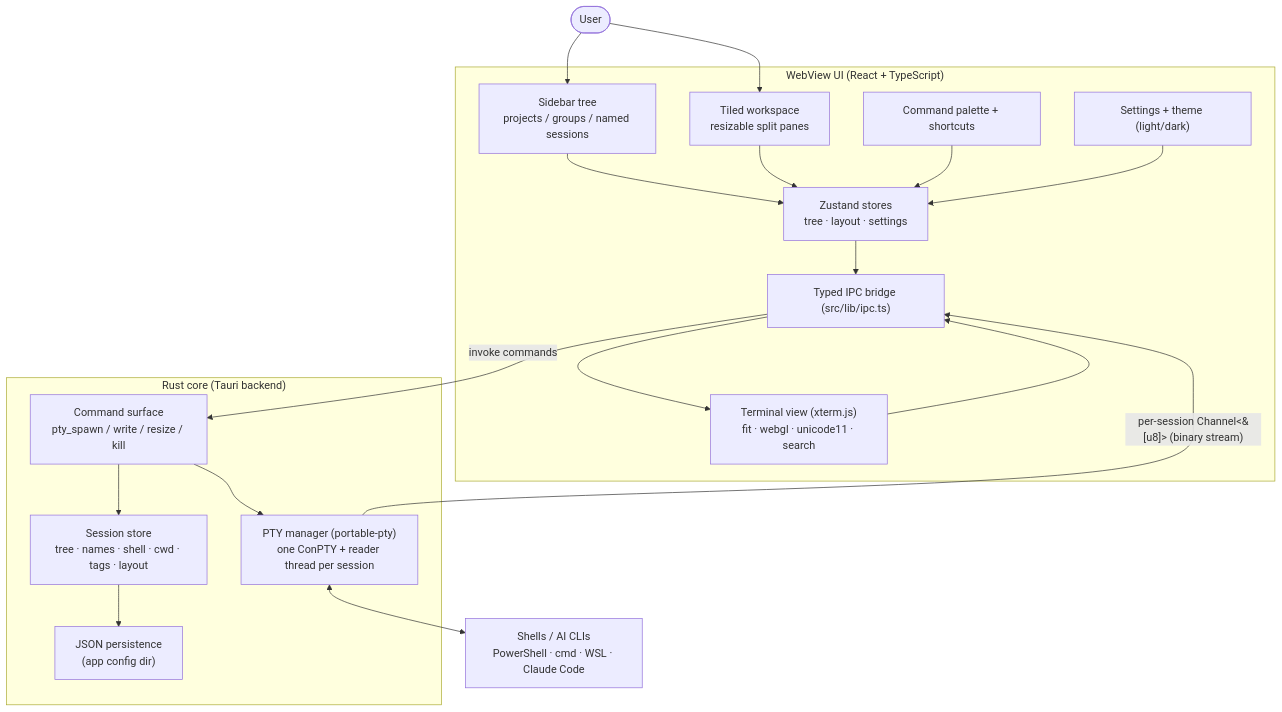
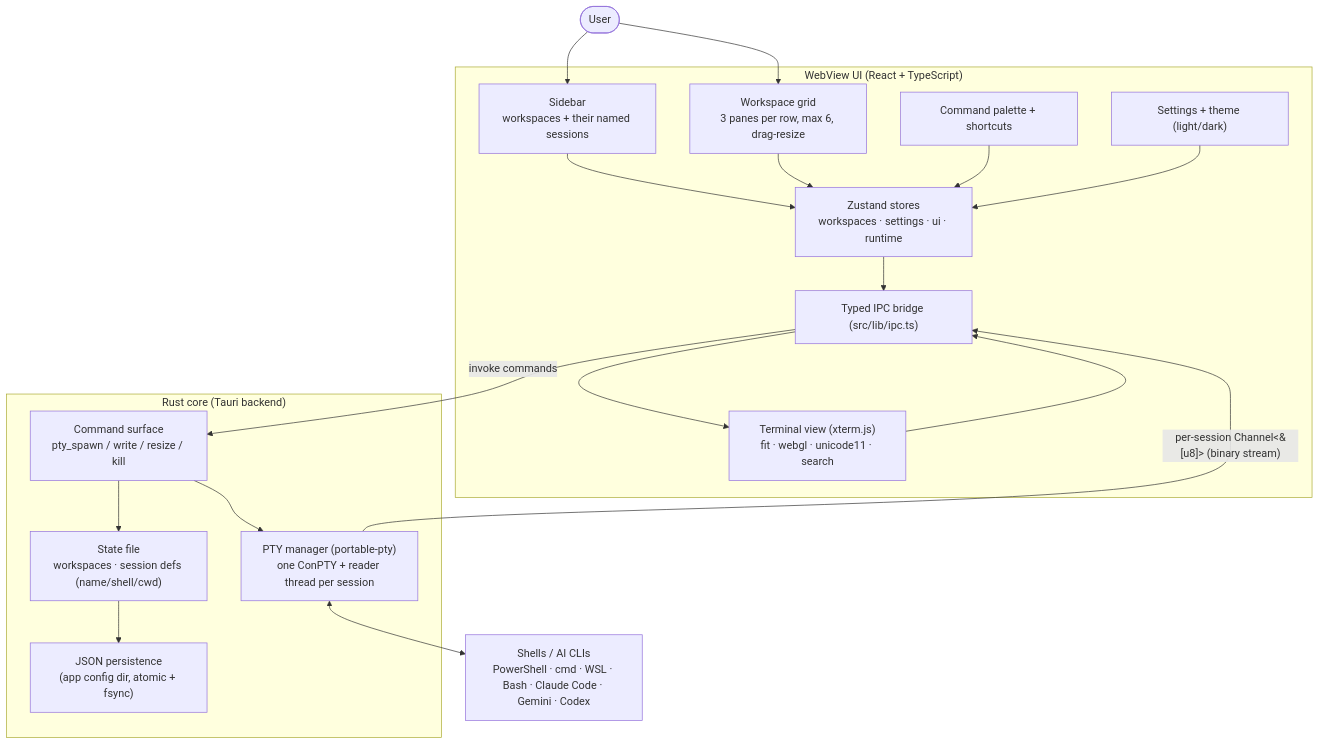
One commit to Mnourkh01/warsha changed the diagram in docs/system.md. Above: the diagram before and after it, drawn with Mermaid. The commit also changed other lines of this file and 49 other files, not shown here.

````diff
--- a/docs/system.md
+++ b/docs/system.md
@@ -3,40 +3,40 @@
 ```mermaid
 flowchart TD
     User([User])
 
     subgraph WebView["WebView UI (React + TypeScript)"]
-        Tree["Sidebar tree<br/>projects / groups / named sessions"]
-        Work["Tiled workspace<br/>resizable split panes"]
+        Tree["Sidebar<br/>workspaces + their named sessions"]
+        Work["Workspace grid<br/>3 panes per row, max 6, drag-resize"]
         Term["Terminal view (xterm.js)<br/>fit · webgl · unicode11 · search"]
         Palette["Command palette + shortcuts"]
         Settings["Settings + theme (light/dark)"]
-        Store["Zustand stores<br/>tree · layout · settings"]
+        Store["Zustand stores<br/>workspaces · settings · ui · runtime"]
         IPC["Typed IPC bridge (src/lib/ipc.ts)"]
     end
 
     subgraph Core["Rust core (Tauri backend)"]
         Cmds["Command surface<br/>pty_spawn / write / resize / kill"]
         PTY["PTY manager (portable-pty)<br/>one ConPTY + reader thread per session"]
-        Sess["Session store<br/>tree · names · shell · cwd · tags · layout"]
-        Persist["JSON persistence<br/>(app config dir)"]
+        Sess["State file<br/>workspaces · session defs (name/shell/cwd)"]
+        Persist["JSON persistence<br/>(app config dir, atomic + fsync)"]
     end
 
-    Shells["Shells / AI CLIs<br/>PowerShell · cmd · WSL · Claude Code"]
+    Shells["Shells / AI CLIs<br/>PowerShell · cmd · WSL · Bash · Claude Code · Gemini · Codex"]
 
     User --> Tree
     User --> Work
     Tree --> Store
     Work --> Store
     Store --> IPC
     Term --> IPC
     Palette --> Store
     Settings --> Store
 
     IPC -- "invoke commands" --> Cmds
     Cmds --> PTY
     Cmds --> Sess
     Sess --> Persist
     PTY <--> Shells
     PTY -- "per-session Channel<&[u8]> (binary stream)" --> IPC
     IPC --> Term
 ```
````
